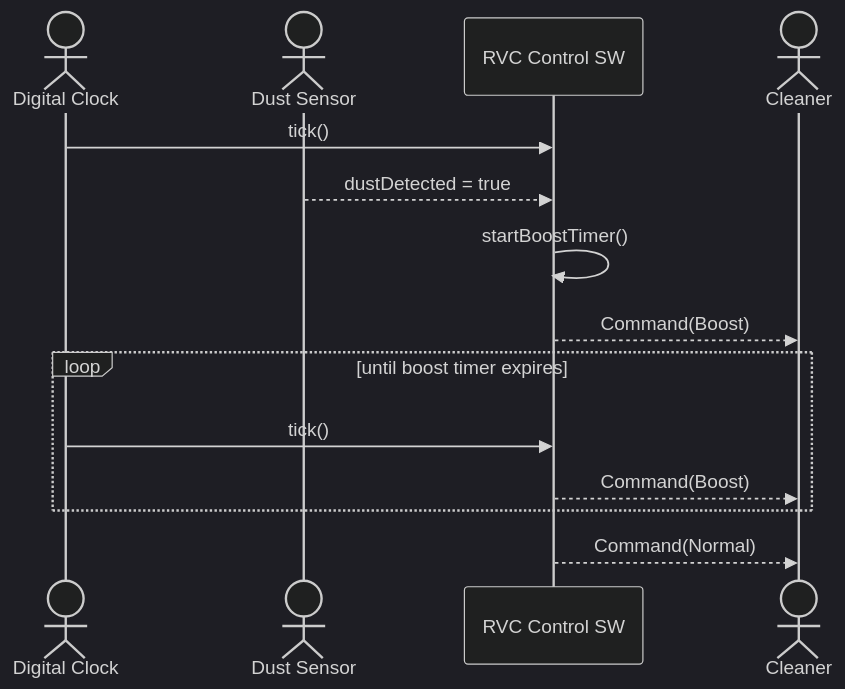
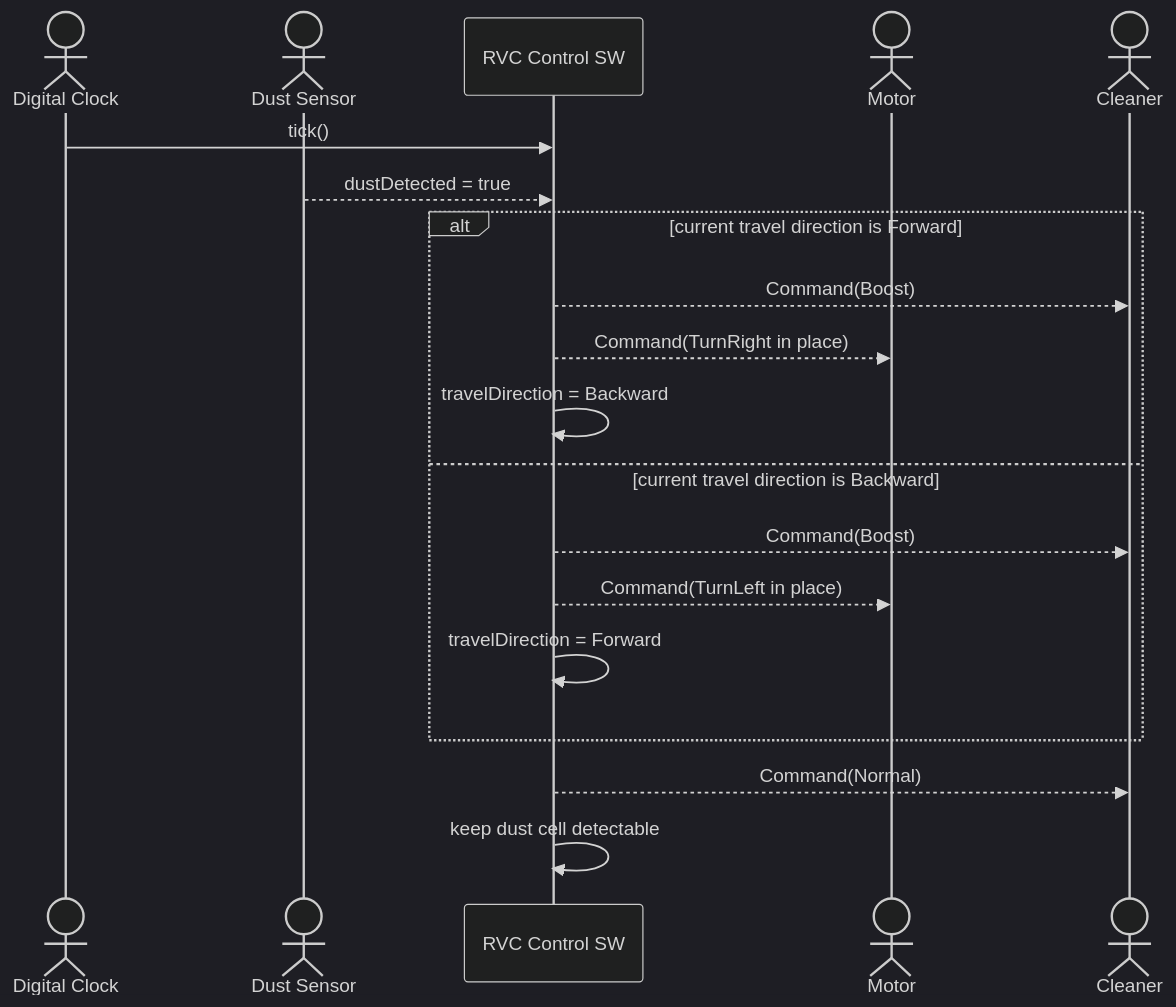
Before and after one commit to reload02/ooad-vibe: the fifth of 7 diagrams in docs/ooa_ssd.md, drawn with Mermaid (dark theme). The commit also changed other lines of this file and 9 other files, not shown here.

````diff
--- a/docs/ooa_ssd.md
+++ b/docs/ooa_ssd.md
@@ -83,17 +85,22 @@
 ```mermaid
 sequenceDiagram
     actor Clock as Digital Clock
     actor DustSensor as Dust Sensor
     participant System as RVC Control SW
+    actor Motor
     actor Cleaner
 
     Clock->>System: tick()
     DustSensor-->>System: dustDetected = true
-    System->>System: startBoostTimer()
-    System-->>Cleaner: Command(Boost)
-    loop until boost timer expires
-        Clock->>System: tick()
+    alt current travel direction is Forward
         System-->>Cleaner: Command(Boost)
+        System-->>Motor: Command(TurnRight in place)
+        System->>System: travelDirection = Backward
+    else current travel direction is Backward
+        System-->>Cleaner: Command(Boost)
+        System-->>Motor: Command(TurnLeft in place)
+        System->>System: travelDirection = Forward
     end
     System-->>Cleaner: Command(Normal)
+    System->>System: keep dust cell detectable
 ```
````
